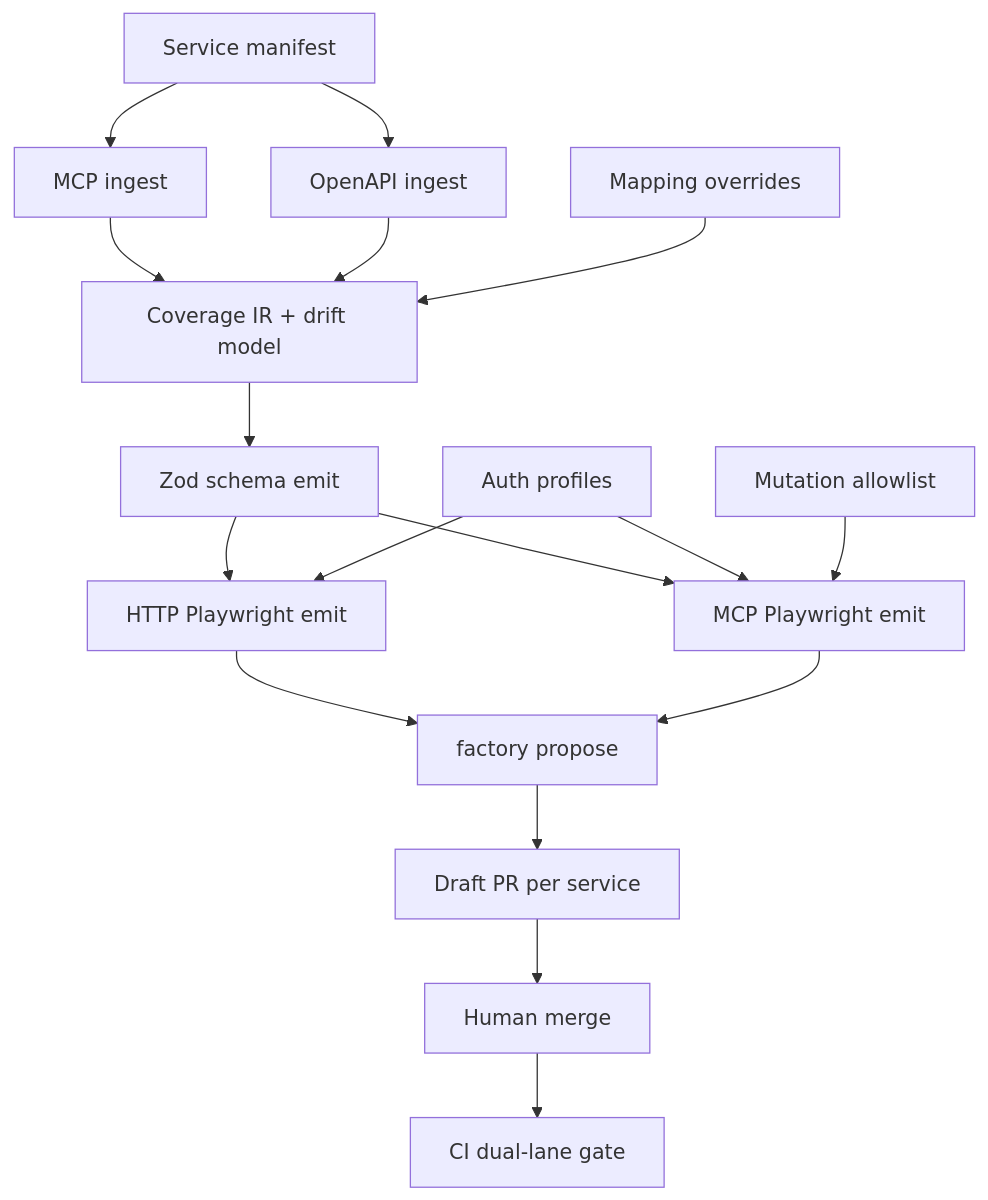
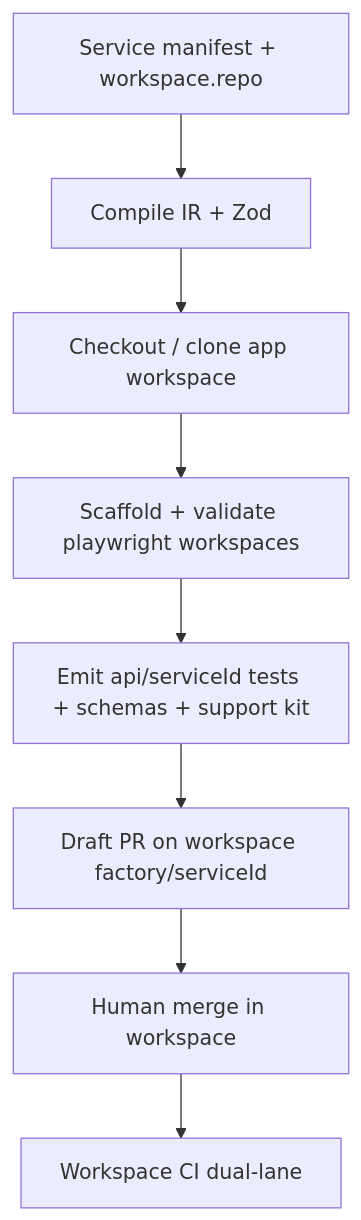
One commit to asub927/api-automation-factory changed the second of 2 diagrams in docs/plans/2026-09-04-001-feat-api-automation-factory-plan.md. Above: the diagram before and after it, drawn with Mermaid. The commit also changed other lines of this file and 59 other files, not shown here.

First line of the commit message:
feat: land Playwright suites in app workspace repos (#6)

````diff
--- a/docs/plans/2026-09-04-001-feat-api-automation-factory-plan.md
+++ b/docs/plans/2026-09-04-001-feat-api-automation-factory-plan.md
@@ -308,19 +346,10 @@
 ```mermaid
 flowchart TB
-  Manifest[Service manifest] --> MCPIn[MCP ingest]
-  Manifest --> OASIn[OpenAPI ingest]
-  MCPIn --> IR[Coverage IR + drift model]
-  OASIn --> IR
-  Map[Mapping overrides] --> IR
-  IR --> Zod[Zod schema emit]
-  Zod --> HTTP[HTTP Playwright emit]
-  Zod --> MCPTest[MCP Playwright emit]
-  Auth[Auth profiles] --> HTTP
-  Auth --> MCPTest
-  Allow[Mutation allowlist] --> MCPTest
-  HTTP --> Propose[factory propose]
-  MCPTest --> Propose
-  Propose --> PR[Draft PR per service]
-  PR --> Human[Human merge]
-  Human --> CI[CI dual-lane gate]
+  Manifest[Service manifest + workspace.repo] --> Compile[Compile IR + Zod]
+  Compile --> Checkout[Checkout / clone app workspace]
+  Checkout --> Scaffold[Scaffold + validate playwright workspaces]
+  Scaffold --> Emit[Emit api/serviceId tests + schemas + support kit]
+  Emit --> DraftPR[Draft PR on workspace factory/serviceId]
+  DraftPR --> Human[Human merge in workspace]
+  Human --> WsCI[Workspace CI dual-lane]
 ```
````
